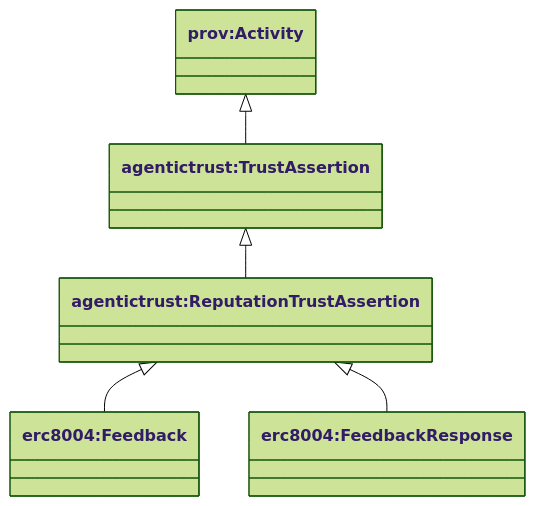
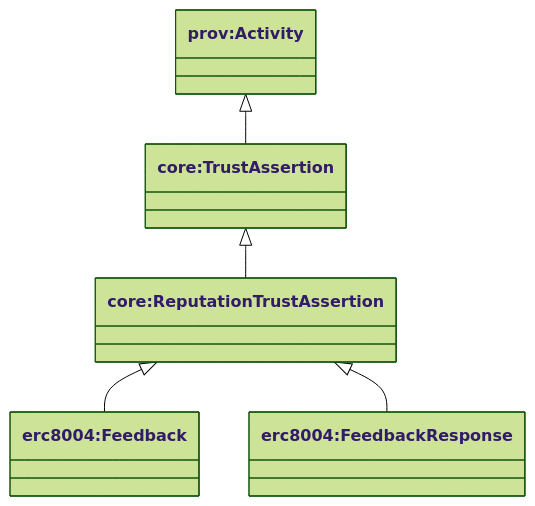
The first of 2 diagrams in docs/ontology/reputationassertion.md (Agentic-Trust-Layer/agent-explorer), drawn with Mermaid (forest theme) before and after one commit. The commit also changed other lines of this file and 49 other files, not shown here.

````diff
--- a/docs/ontology/reputationassertion.md
+++ b/docs/ontology/reputationassertion.md
@@ -7,15 +7,15 @@
 ```mermaid
 classDiagram
 direction TB
 
 class provActivity["prov:Activity"]
-class TrustAssertion["agentictrust:TrustAssertion"]
-class ReputationAssertion["agentictrust:ReputationTrustAssertion"]
+class TrustAssertion["core:TrustAssertion"]
+class ReputationAssertion["core:ReputationTrustAssertion"]
 class Feedback["erc8004:Feedback"]
 class FeedbackResponse["erc8004:FeedbackResponse"]
 
 provActivity <|-- TrustAssertion
 TrustAssertion <|-- ReputationAssertion
 ReputationAssertion <|-- Feedback
 ReputationAssertion <|-- FeedbackResponse
 ```
````
